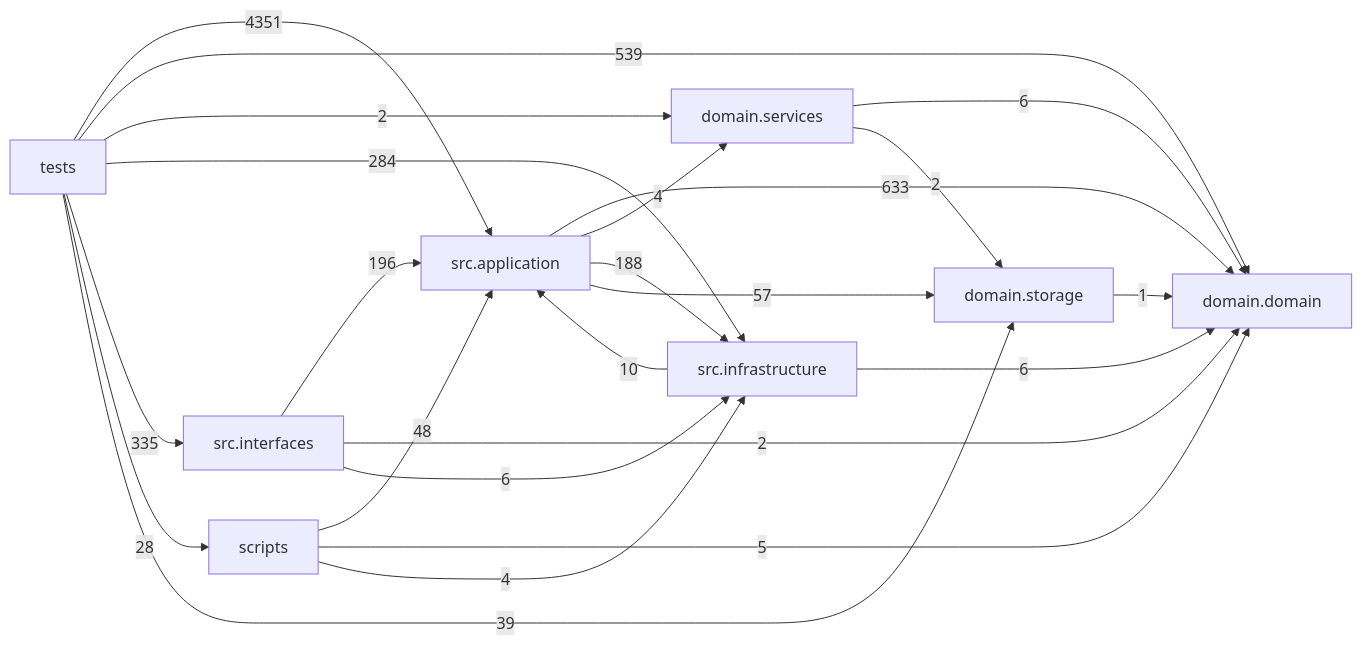
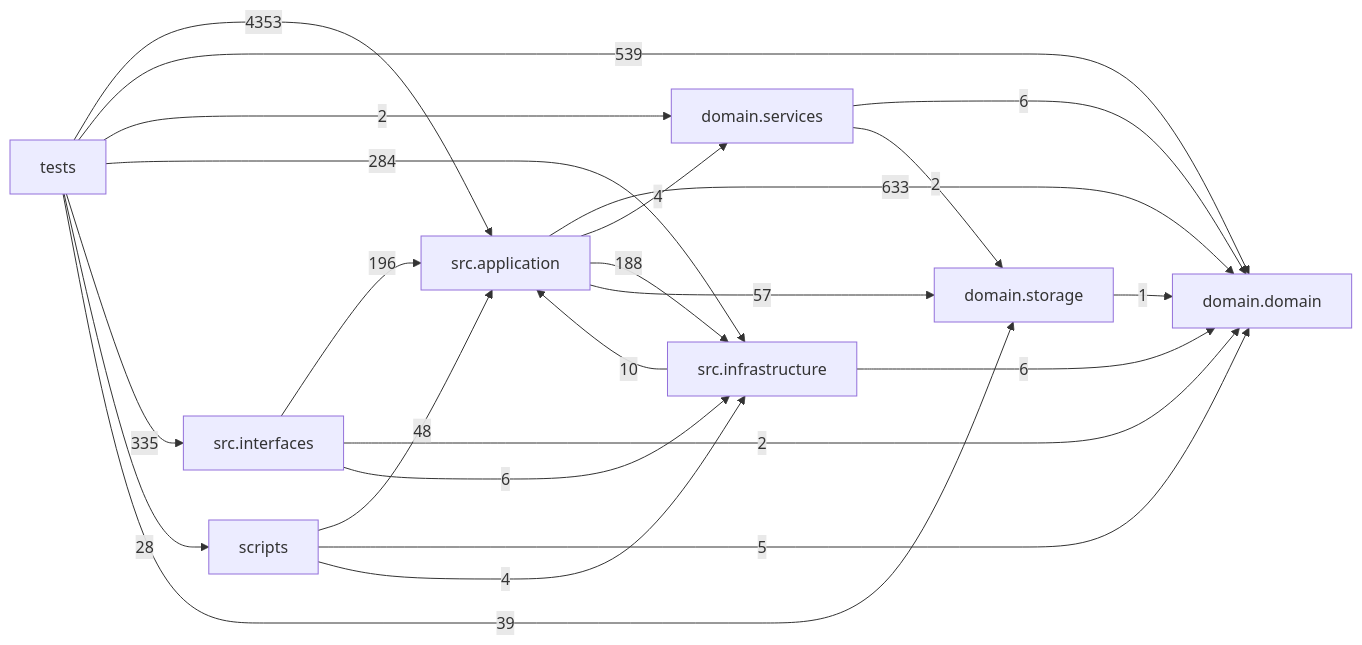
The diagram in docs/DEPENDENCY_GRAPH.md (liuxie066/options-monitor), drawn with Mermaid before and after one commit. The commit also changed other lines of this file and 2 other files, not shown here.

````diff
--- a/docs/DEPENDENCY_GRAPH.md
+++ b/docs/DEPENDENCY_GRAPH.md
@@ -24,33 +24,33 @@
 ```mermaid
 flowchart LR
   tests["tests"]
   scripts["scripts"]
   interfaces["src.interfaces"]
   application["src.application"]
   infrastructure["src.infrastructure"]
   domain_services["domain.services"]
   domain["domain.domain"]
   storage["domain.storage"]
   application -->|633| domain
   application -->|4| domain_services
   application -->|188| infrastructure
   application -->|57| storage
   domain_services -->|6| domain
   domain_services -->|2| storage
   infrastructure -->|10| application
   infrastructure -->|6| domain
   interfaces -->|196| application
   interfaces -->|2| domain
   interfaces -->|6| infrastructure
   scripts -->|48| application
   scripts -->|5| domain
   scripts -->|4| infrastructure
   storage -->|1| domain
-  tests -->|4351| application
+  tests -->|4353| application
   tests -->|539| domain
   tests -->|2| domain_services
   tests -->|284| infrastructure
   tests -->|335| interfaces
   tests -->|28| scripts
   tests -->|39| storage
 ```
````
